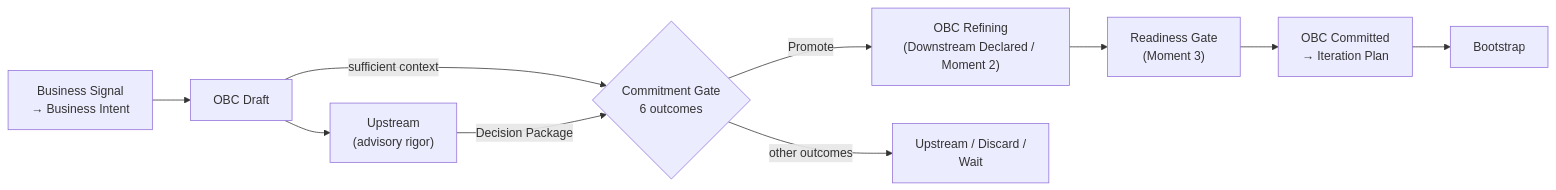
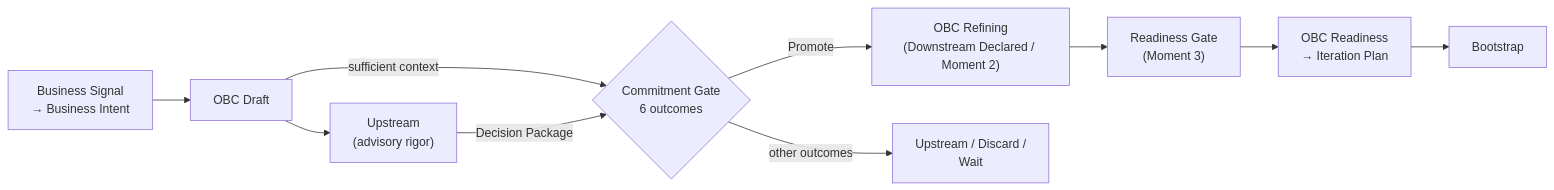
The third of 3 diagrams in en/chapter-03.md (produtoreativo/from-intent-to-outcome), drawn with Mermaid before and after one commit. The commit also changed other lines of this file and 12 other files, not shown here.

First line of the commit message:
refactor: renomeia estado OBC Committed → Readiness em PT e EN

````diff
--- a/en/chapter-03.md
+++ b/en/chapter-03.md
@@ -210,12 +210,12 @@
 ```mermaid
 graph LR
     BS["Business Signal\n→ Business Intent"] --> A["OBC Draft"]
     A --> UP["Upstream\n(advisory rigor)"]
     A -->|"sufficient context"| CG{"Commitment Gate\n6 outcomes"}
     UP -->|"Decision Package"| CG
     CG -->|"Promote"| C["OBC Refining\n(Downstream Declared / Moment 2)"]
     CG -->|"other outcomes"| X["Upstream / Discard /\nWait"]
     C --> D["Readiness Gate\n(Moment 3)"]
-    D --> E["OBC Committed\n→ Iteration Plan"]
+    D --> E["OBC Readiness\n→ Iteration Plan"]
     E --> F["Bootstrap"]
 ```
````
